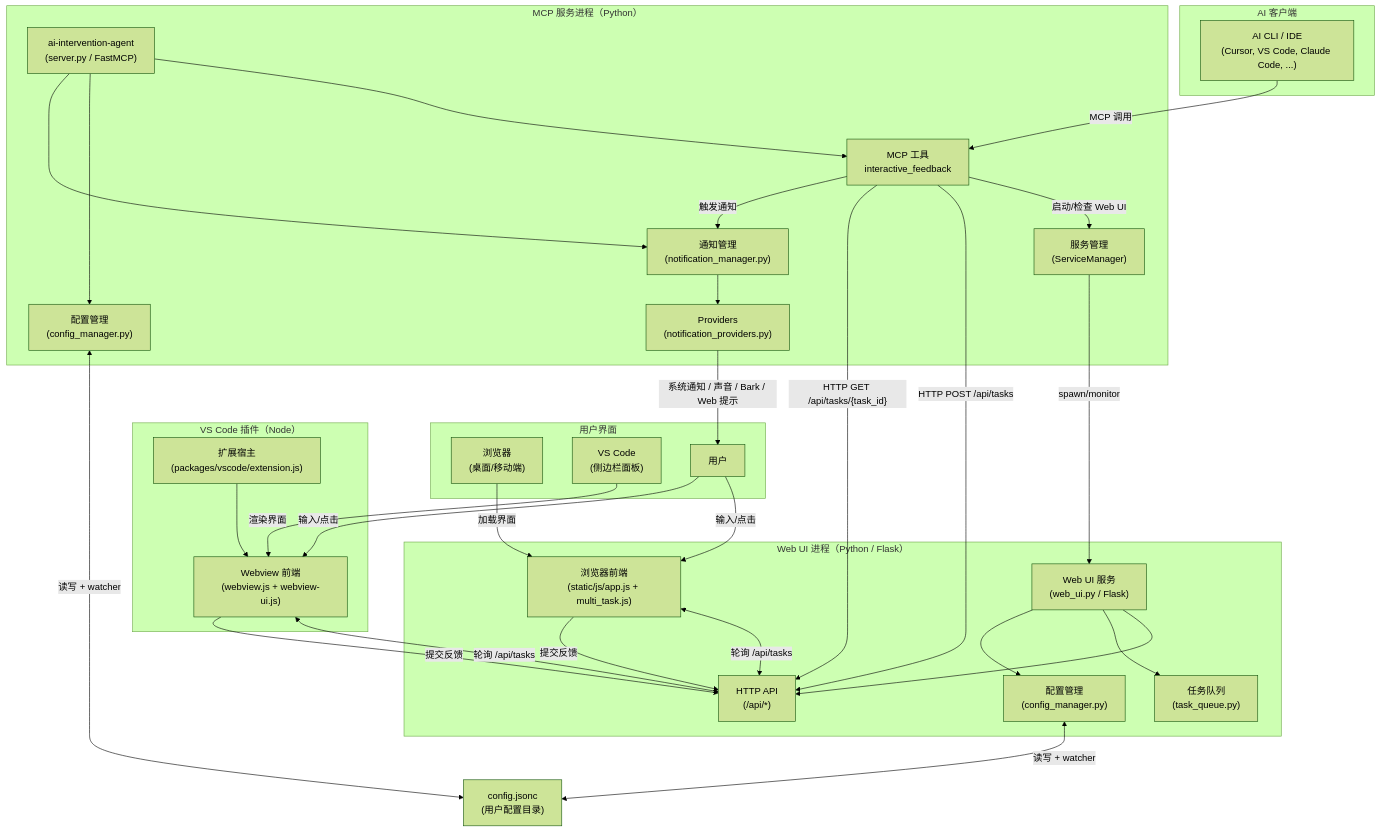
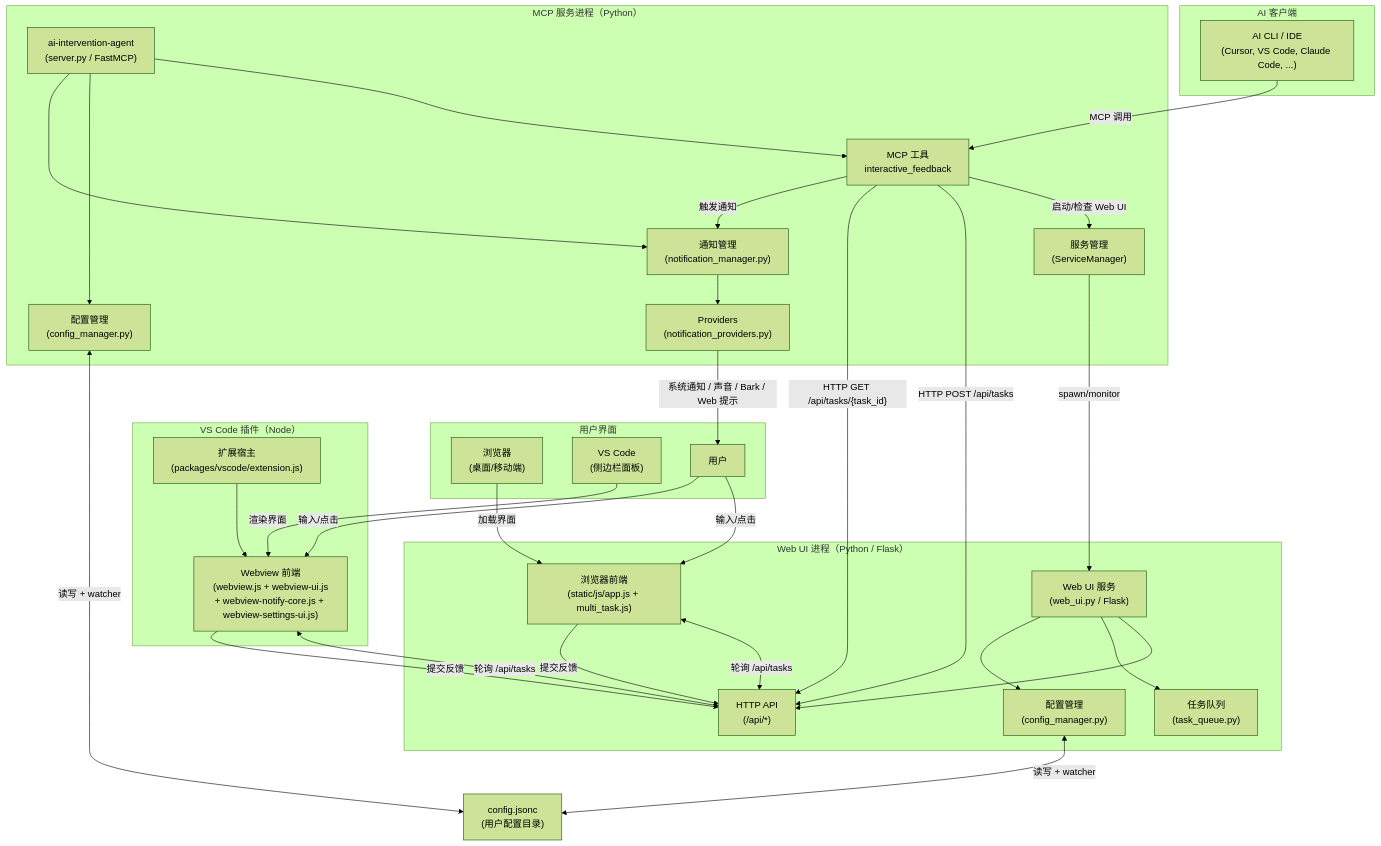
One commit to XIADENGMA/ai-intervention-agent changed the diagram in README.zh-CN.md. Above: the diagram before and after it, drawn with Mermaid (forest theme). The commit also changed 3 other files, not shown here.

````diff
--- a/README.zh-CN.md
+++ b/README.zh-CN.md
@@ -199,66 +199,66 @@
 ```mermaid
 flowchart TD
   subgraph CLIENTS["AI 客户端"]
     AI_CLIENT["AI CLI / IDE<br/>(Cursor, VS Code, Claude Code, ...)"]
   end
 
   subgraph MCP_PROC["MCP 服务进程（Python）"]
     MCP_SRV["ai-intervention-agent<br/>(server.py / FastMCP)"]
     MCP_TOOL["MCP 工具<br/>interactive_feedback"]
     SVC_MGR["服务管理<br/>(ServiceManager)"]
     CFG_MGR_MCP["配置管理<br/>(config_manager.py)"]
     NOTIF_MGR["通知管理<br/>(notification_manager.py)"]
     NOTIF_PROVIDERS["Providers<br/>(notification_providers.py)"]
     MCP_SRV --> MCP_TOOL
     MCP_SRV --> CFG_MGR_MCP
     MCP_SRV --> NOTIF_MGR
     NOTIF_MGR --> NOTIF_PROVIDERS
   end
 
   subgraph WEB_PROC["Web UI 进程（Python / Flask）"]
     WEB_SRV["Web UI 服务<br/>(web_ui.py / Flask)"]
     WEB_CFG_MGR["配置管理<br/>(config_manager.py)"]
     HTTP_API["HTTP API<br/>(/api/*)"]
     TASK_Q["任务队列<br/>(task_queue.py)"]
     WEB_FRONTEND["浏览器前端<br/>(static/js/app.js + multi_task.js)"]
     WEB_SRV --> HTTP_API
     WEB_SRV --> TASK_Q
     WEB_SRV --> WEB_CFG_MGR
     WEB_FRONTEND <-->|轮询 /api/tasks| HTTP_API
     WEB_FRONTEND -->|提交反馈| HTTP_API
   end
   
   subgraph VSCODE_PROC["VS Code 插件（Node）"]
     VSCODE_EXT["扩展宿主<br/>(packages/vscode/extension.js)"]
-    VSCODE_WEBVIEW["Webview 前端<br/>(webview.js + webview-ui.js)"]
+    VSCODE_WEBVIEW["Webview 前端<br/>(webview.js + webview-ui.js<br/>+ webview-notify-core.js + webview-settings-ui.js)"]
     VSCODE_EXT --> VSCODE_WEBVIEW
     VSCODE_WEBVIEW <-->|轮询 /api/tasks| HTTP_API
     VSCODE_WEBVIEW -->|提交反馈| HTTP_API
   end
 
   subgraph USER_UI["用户界面"]
     BROWSER["浏览器<br/>(桌面/移动端)"]
     VSCODE["VS Code<br/>(侧边栏面板)"]
     USER["用户"]
   end
 
   CFG_FILE["config.jsonc<br/>(用户配置目录)"]
 
   AI_CLIENT -->|MCP 调用| MCP_TOOL
   MCP_TOOL -->|启动/检查 Web UI| SVC_MGR
   SVC_MGR -->|spawn/monitor| WEB_SRV
 
   USER -->|输入/点击| WEB_FRONTEND
   USER -->|输入/点击| VSCODE_WEBVIEW
   BROWSER -->|加载界面| WEB_FRONTEND
   VSCODE -->|渲染界面| VSCODE_WEBVIEW
 
   MCP_TOOL -->|"HTTP POST /api/tasks"| HTTP_API
   MCP_TOOL -->|"HTTP GET /api/tasks/{task_id}"| HTTP_API
 
   WEB_CFG_MGR <-->|读写 + watcher| CFG_FILE
   CFG_MGR_MCP <-->|读写 + watcher| CFG_FILE
 
   MCP_TOOL -->|触发通知| NOTIF_MGR
   NOTIF_PROVIDERS -->|系统通知 / 声音 / Bark / Web 提示| USER
 ```
````
